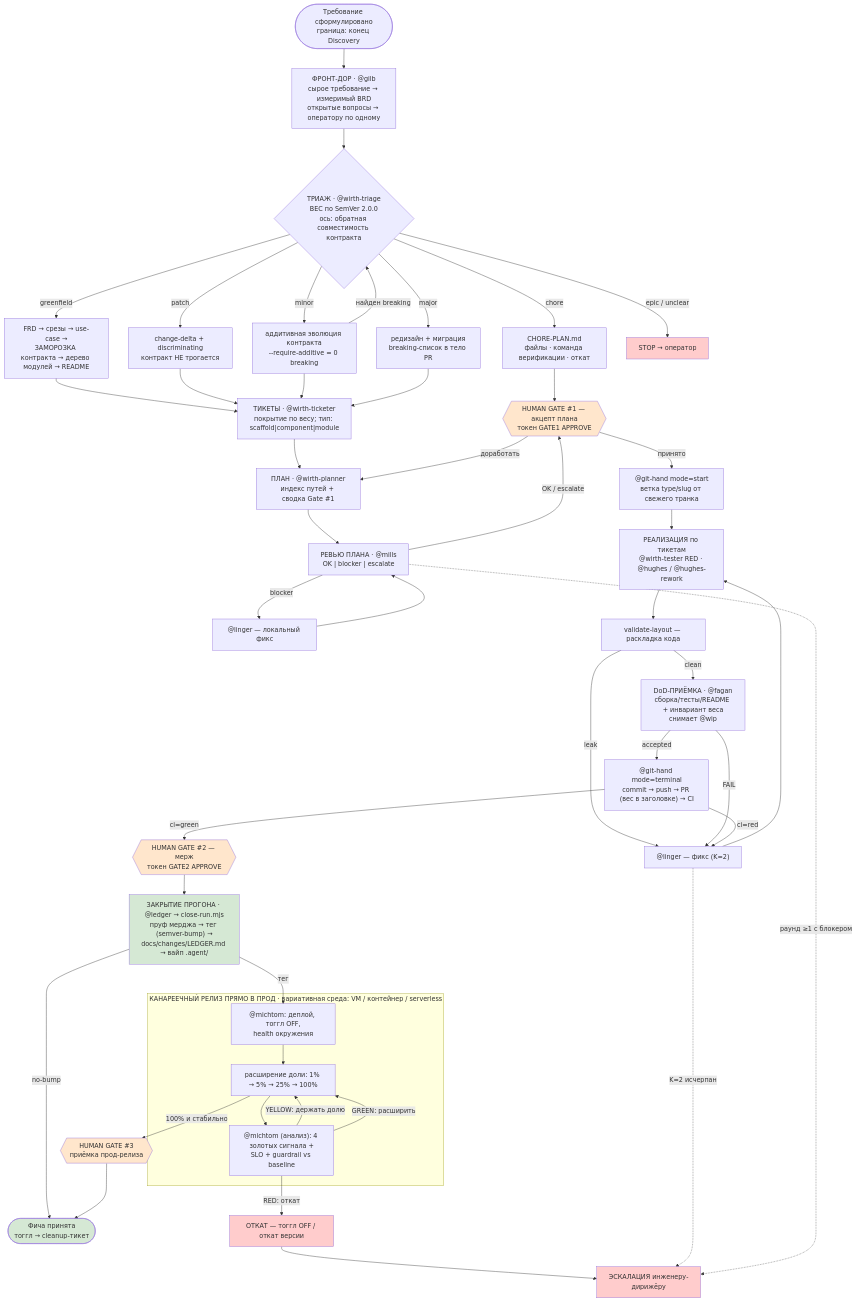
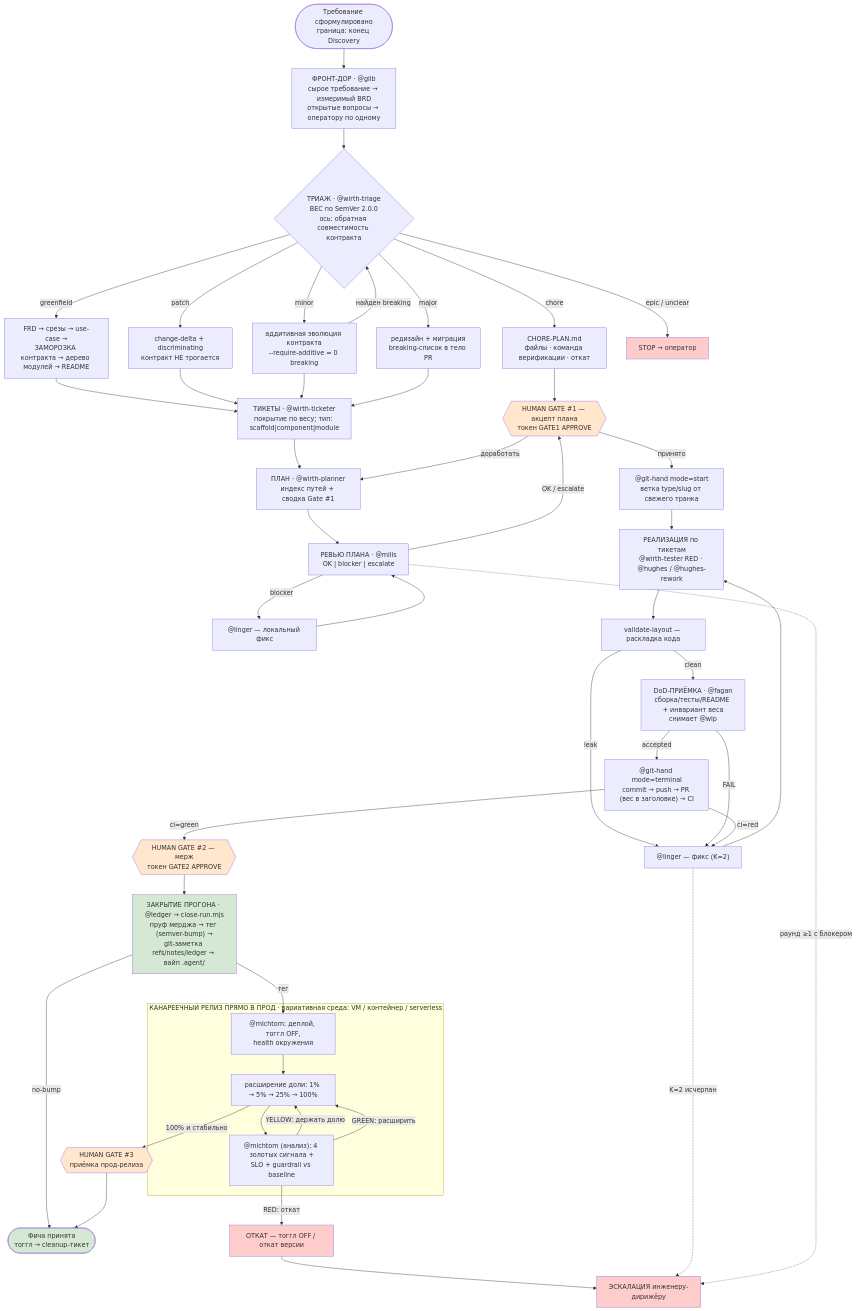
Before and after one commit to codemonstersteam/rationaldev-ai-sdlc-skills: the diagram in docs/01_DIAGRAM.md, drawn with Mermaid. The commit also changed other lines of this file and 49 other files, not shown here.

First line of the commit message:
feat(ledger): журнал прогонов из git — заметка на merge-SHA вместо файла и лишнего коммита (#106)

````diff
--- a/docs/01_DIAGRAM.md
+++ b/docs/01_DIAGRAM.md
@@ -14,79 +14,79 @@
 ```mermaid
 flowchart TD
     Start([Требование сформулировано<br/>граница: конец Discovery]) --> Gilb
 
     Gilb["ФРОНТ-ДОР · @gilb<br/>сырое требование → измеримый BRD<br/>открытые вопросы → оператору по одному"]
     Gilb --> Triage{"ТРИАЖ · @wirth-triage<br/>ВЕС по SemVer 2.0.0<br/>ось: обратная совместимость контракта"}
 
     Triage -->|chore| Chore["CHORE-PLAN.md<br/>файлы · команда верификации · откат"]
     Triage -->|greenfield| Green["FRD → срезы → use-case →<br/>ЗАМОРОЗКА контракта → дерево модулей → README"]
     Triage -->|patch| Patch["change-delta + discriminating<br/>контракт НЕ трогается"]
     Triage -->|minor| Minor["аддитивная эволюция контракта<br/>--require-additive = 0 breaking"]
     Triage -->|major| Major["редизайн + миграция<br/>breaking-список в тело PR"]
     Triage -->|epic / unclear| Stop["STOP → оператор"]
 
     Minor -->|найден breaking| Triage
 
     Green --> Tickets
     Patch --> Tickets
     Minor --> Tickets
     Major --> Tickets
     Tickets["ТИКЕТЫ · @wirth-ticketer<br/>покрытие по весу; тип: scaffold|component|module"] --> Plan
     Plan["ПЛАН · @wirth-planner<br/>индекс путей + сводка Gate #1"] --> Review
 
     Review["РЕВЬЮ ПЛАНА · @mills<br/>OK | blocker | escalate"]
     Review -->|blocker| Fix1["@linger — локальный фикс"]
     Fix1 --> Review
     Review -->|OK / escalate| Gate1
     Chore --> Gate1
 
     Gate1{{"HUMAN GATE #1 — акцепт плана<br/>токен GATE1 APPROVE"}}
     Gate1 -->|доработать| Plan
     Gate1 -->|принято| Branch["@git-hand mode=start<br/>ветка type/slug от свежего транка"]
 
     Branch --> Impl["РЕАЛИЗАЦИЯ по тикетам<br/>@wirth-tester RED · @hughes / @hughes-rework"]
     Impl --> Layout["validate-layout — раскладка кода"]
     Layout -->|leak| Fix2["@linger — фикс (K=2)"]
     Fix2 --> Impl
     Layout -->|clean| Dod
 
     Dod["DoD-ПРИЁМКА · @fagan<br/>сборка/тесты/README + инвариант веса<br/>снимает @wip"]
     Dod -->|FAIL| Fix2
     Dod -->|accepted| Terminal
 
     Terminal["@git-hand mode=terminal<br/>commit → push → PR (вес в заголовке) → CI"]
     Terminal -->|ci=red| Fix2
     Terminal -->|ci=green| Gate2
 
     Gate2{{"HUMAN GATE #2 — мерж<br/>токен GATE2 APPROVE"}}
     Gate2 --> Close
 
-    Close["ЗАКРЫТИЕ ПРОГОНА · @ledger → close-run.mjs<br/>пруф мерджа → тег (semver-bump) →<br/>docs/changes/LEDGER.md → вайп .agent/"]
+    Close["ЗАКРЫТИЕ ПРОГОНА · @ledger → close-run.mjs<br/>пруф мерджа → тег (semver-bump) →<br/>git-заметка refs/notes/ledger → вайп .agent/"]
     Close -->|no-bump| Done
     Close -->|тег| Deploy
 
     subgraph Prod["КАНАРЕЕЧНЫЙ РЕЛИЗ ПРЯМО В ПРОД · вариативная среда: VM / контейнер / serverless"]
         Deploy["@michtom: деплой, тоггл OFF,<br/>health окружения"]
         Deploy --> Rollout["расширение доли: 1% → 5% → 25% → 100%"]
         Rollout --> Health["@michtom (анализ): 4 золотых сигнала +<br/>SLO + guardrail vs baseline"]
         Health -->|YELLOW: держать долю| Rollout
         Health -->|GREEN: расширить| Rollout
     end
 
     Health -->|RED: откат| Rollback["ОТКАТ — тоггл OFF / откат версии"]
     Rollback --> Escalate
     Rollout -->|100% и стабильно| Gate3{{"HUMAN GATE #3<br/>приёмка прод-релиза"}}
     Gate3 --> Done([Фича принята<br/>тоггл → cleanup-тикет])
 
     Fix2 -.->|K=2 исчерпан| Escalate["ЭСКАЛАЦИЯ инженеру-дирижёру"]
     Review -.->|раунд ≥1 с блокером| Escalate
 
     style Gate1 fill:#ffe6cc
     style Gate2 fill:#ffe6cc
     style Gate3 fill:#ffe6cc
     style Stop fill:#ffcccc
     style Escalate fill:#ffcccc
     style Rollback fill:#ffcccc
     style Close fill:#d5e8d4
     style Done fill:#d5e8d4
 ```
````
